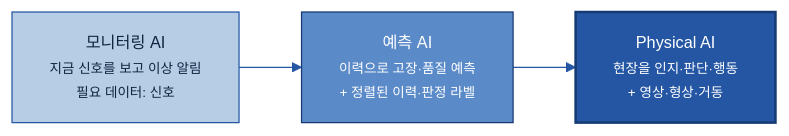
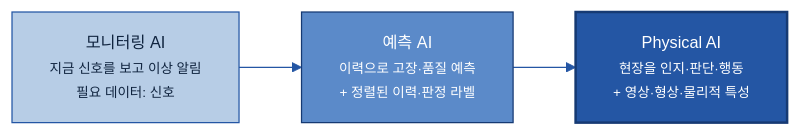
Before and after one commit to jin-kearney/ai-ready-data-manual: the first of 11 diagrams in 가이드 작성/D-1 Physical 데이터/D-1 Physical 데이터.md, drawn with Mermaid. The commit also changed other lines of this file and 6 other files, not shown here.

````diff
--- a/가이드 작성/D-1 Physical 데이터/D-1 Physical 데이터.md
+++ b/가이드 작성/D-1 Physical 데이터/D-1 Physical 데이터.md
@@ -104,11 +104,11 @@
 ```mermaid
 %%{init: {'theme':'base','themeVariables':{'primaryColor':'#DCE8F5','primaryBorderColor':'#2456A4','primaryTextColor':'#10243f','lineColor':'#2456A4','fontSize':'13px'}}}%%
 flowchart LR
     M["모니터링 AI<br/><small>지금 신호를 보고 이상 알림</small><br/><small>필요 데이터: 신호</small>"]:::l1
     P["예측 AI<br/><small>이력으로 고장·품질 예측</small><br/><small>+ 정렬된 이력·판정 라벨</small>"]:::l2
-    X["Physical AI<br/><small>현장을 인지·판단·행동</small><br/><small>+ 영상·형상·거동</small>"]:::l3
+    X["Physical AI<br/><small>현장을 인지·판단·행동</small><br/><small>+ 영상·형상·물리적 특성</small>"]:::l3
     M --> P --> X
     classDef l1 fill:#B7CDE6,stroke:#2456A4,color:#10243f;
     classDef l2 fill:#5B8AC9,stroke:#163a73,color:#fff;
     classDef l3 fill:#2456A4,stroke:#163a73,color:#fff,stroke-width:2px;
 ```
````
